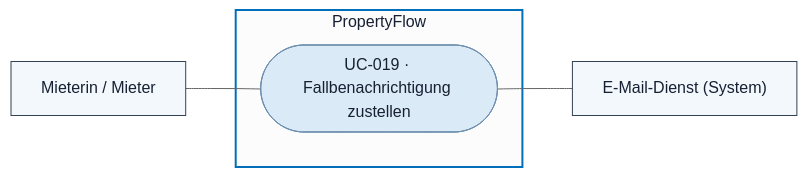
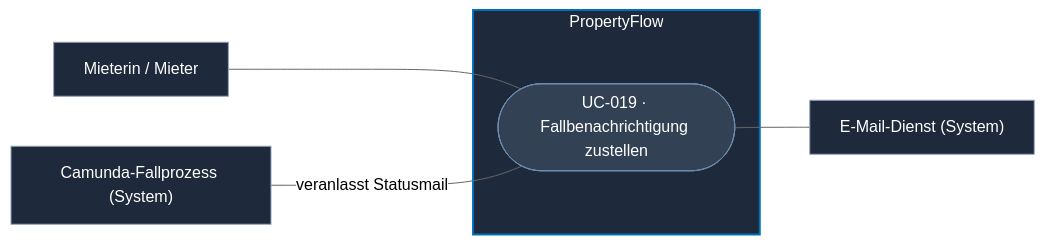
The first of 2 diagrams in docs/use_cases/UC-019-fallbenachrichtigung-zustellen.md (permarco/propertyflow), drawn with Mermaid (neutral theme) before and after one commit. The commit also changed other lines of this file and 67 other files, not shown here.

````diff
--- a/docs/use_cases/UC-019-fallbenachrichtigung-zustellen.md
+++ b/docs/use_cases/UC-019-fallbenachrichtigung-zustellen.md
@@ -16,15 +16,17 @@
 ```mermaid
 flowchart LR
 AKTEUR["Mieterin / Mieter"]:::participant
 MAIL["E-Mail-Dienst (System)"]:::participant
+CAMUNDA["Camunda-Fallprozess (System)"]:::participant
 
 subgraph PF["PropertyFlow"]
     UC(["UC-019 · Fallbenachrichtigung zustellen"]):::goal
 end
 
 AKTEUR --- UC
 UC --- MAIL
-classDef participant fill:#f2f8fc,stroke:#334155,color:#172033
-classDef goal fill:#dbeaf7,stroke:#6d8eae,color:#172033
-style PF stroke:#006fbb,stroke-width:2px,color:#172033
+CAMUNDA ---|"veranlasst Statusmail"| UC
+classDef participant fill:#1e293b,stroke:#94a3b8,color:#ffffff
+classDef goal fill:#334155,stroke:#6d8eae,color:#ffffff
+style PF fill:#1e293b,stroke:#006fbb,stroke-width:2px,color:#ffffff
 ```
````
